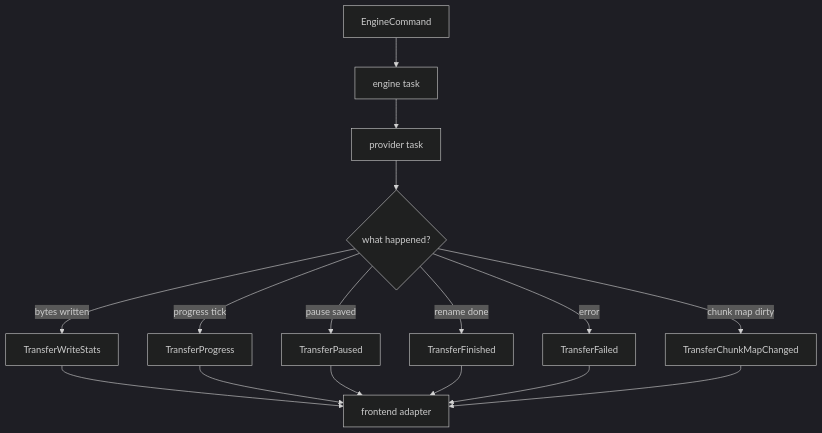
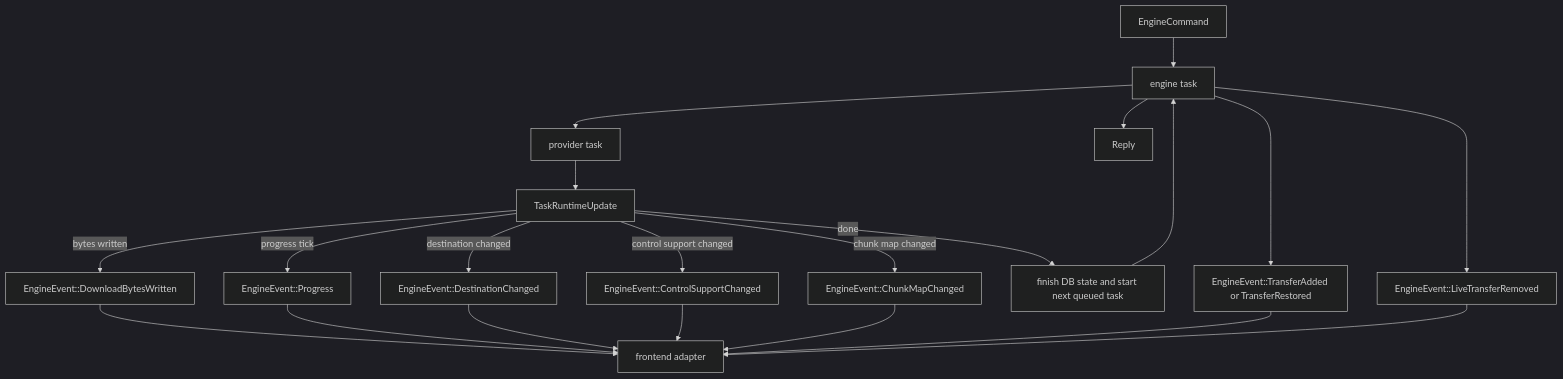
Before and after one commit to ophelianz/ophelia: the ninth of 9 diagrams in docs/core-diagrams.md, drawn with Mermaid (dark theme). The commit also changed other lines of this file and 7 other files, not shown here.

````diff
--- a/docs/core-diagrams.md
+++ b/docs/core-diagrams.md
@@ -183,18 +187,23 @@
 ```mermaid
 flowchart TD
   Command["EngineCommand"] --> Actor["engine task"]
   Actor --> Task["provider task"]
-  Task --> Event{"what happened?"}
-  Event -->|"bytes written"| WriteStats["TransferWriteStats"]
-  Event -->|"progress tick"| Progress["TransferProgress"]
-  Event -->|"pause saved"| Paused["TransferPaused"]
-  Event -->|"rename done"| Finished["TransferFinished"]
-  Event -->|"error"| Failed["TransferFailed"]
-  Event -->|"chunk map dirty"| ChunkMap["TransferChunkMapChanged"]
+  Task --> Runtime["TaskRuntimeUpdate"]
+  Runtime -->|"progress tick"| Progress["EngineEvent::Progress"]
+  Runtime -->|"bytes written"| WriteStats["EngineEvent::DownloadBytesWritten"]
+  Runtime -->|"destination changed"| Destination["EngineEvent::DestinationChanged"]
+  Runtime -->|"control support changed"| Support["EngineEvent::ControlSupportChanged"]
+  Runtime -->|"chunk map changed"| ChunkMap["EngineEvent::ChunkMapChanged"]
+  Runtime -->|"done"| Done["finish DB state and start next queued task"]
+  Actor --> Seed["EngineEvent::TransferAdded or TransferRestored"]
+  Actor --> Removal["EngineEvent::LiveTransferRemoved"]
   WriteStats --> Frontend["frontend adapter"]
   Progress --> Frontend
-  Paused --> Frontend
-  Finished --> Frontend
-  Failed --> Frontend
+  Destination --> Frontend
+  Support --> Frontend
   ChunkMap --> Frontend
+  Seed --> Frontend
+  Removal --> Frontend
+  Done --> Actor
+  Actor --> Reply
 ```
````
